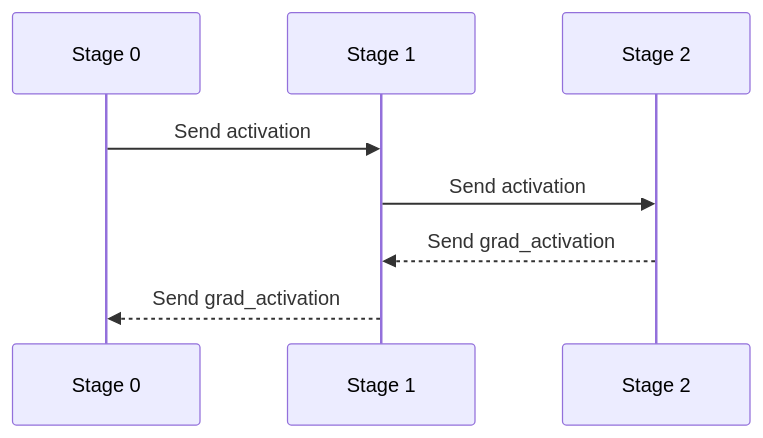
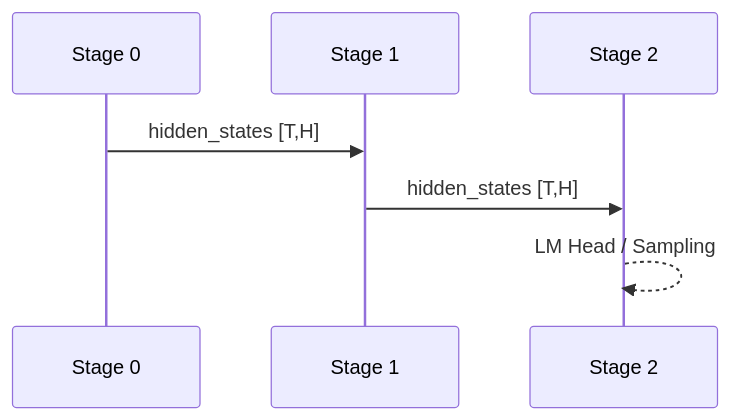
The second of 5 diagrams in docs/llm/communication-primitives.md (Zhaocen/zhaocen.github.io), drawn with Mermaid before and after one commit. The commit also changed other lines of this file and 2 other files, not shown here.

````diff
--- a/docs/llm/communication-primitives.md
+++ b/docs/llm/communication-primitives.md
@@ -89,10 +109,9 @@
-```mermaid
+~~~mermaid
 sequenceDiagram
     participant S0 as Stage 0
     participant S1 as Stage 1
     participant S2 as Stage 2
-    S0->>S1: Send activation
-    S1->>S2: Send activation
-    S2-->>S1: Send grad_activation
-    S1-->>S0: Send grad_activation
-```
+    S0->>S1: hidden_states [T,H]
+    S1->>S2: hidden_states [T,H]
+    S2-->>S2: LM Head / Sampling
+~~~
````
